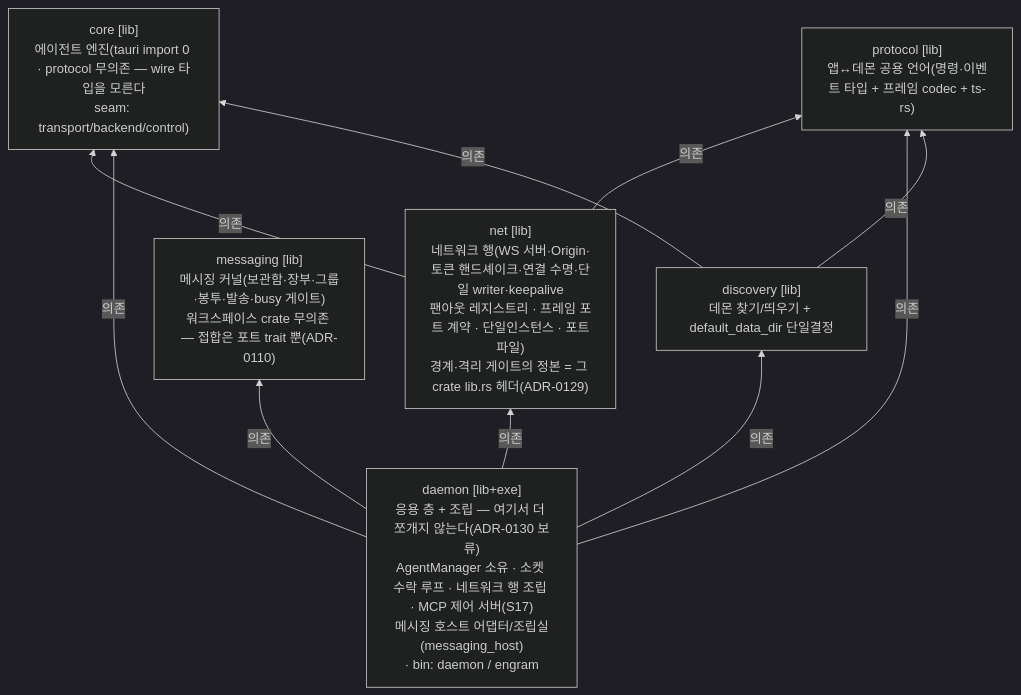
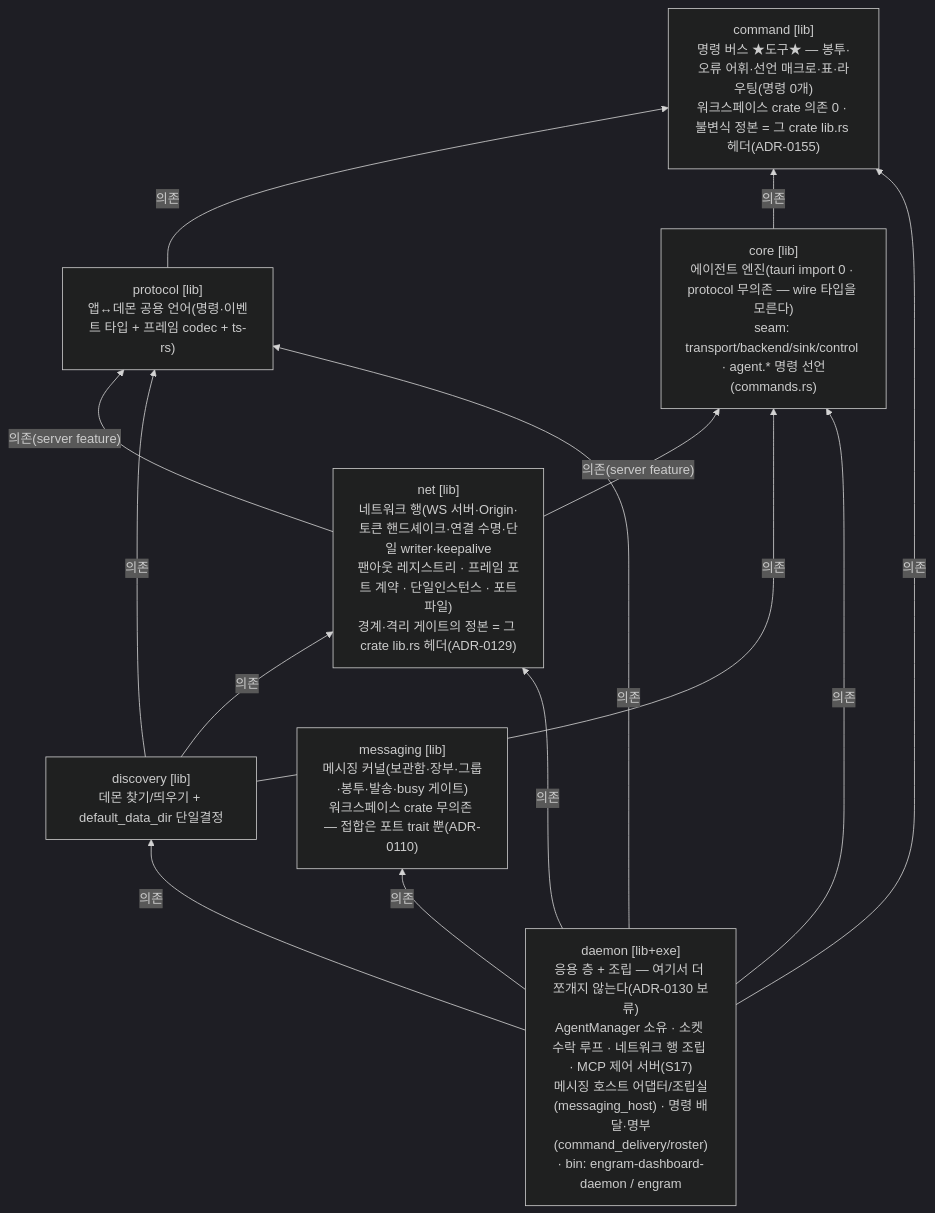
The third of 20 diagrams in docs/reference/architecture-overview.md (kimsunzun/engram-dashboard), drawn with Mermaid (dark theme) before and after one commit. The commit also changed other lines of this file and 2 other files, not shown here.

````diff
--- a/docs/reference/architecture-overview.md
+++ b/docs/reference/architecture-overview.md
@@ -157,19 +168,24 @@
 ```mermaid
 flowchart BT
+  command["command [lib]<br/>명령 버스 ★도구★ — 봉투·오류 어휘·선언 매크로·표·라우팅(명령 0개)<br/>워크스페이스 crate 의존 0 · 불변식 정본 = 그 crate lib.rs 헤더(ADR-0155)"]
   protocol["protocol [lib]<br/>앱↔데몬 공용 언어(명령·이벤트 타입 + 프레임 codec + ts-rs)"]
-  core["core [lib]<br/>에이전트 엔진(tauri import 0 · protocol 무의존 — wire 타입을 모른다<br/>seam: transport/backend/control)"]
+  core["core [lib]<br/>에이전트 엔진(tauri import 0 · protocol 무의존 — wire 타입을 모른다)<br/>seam: transport/backend/sink/control · agent.* 명령 선언(commands.rs)"]
   discovery["discovery [lib]<br/>데몬 찾기/띄우기 + default_data_dir 단일결정"]
   messaging["messaging [lib]<br/>메시징 커널(보관함·장부·그룹·봉투·발송·busy 게이트)<br/>워크스페이스 crate 무의존 — 접합은 포트 trait 뿐(ADR-0110)"]
   net["net [lib]<br/>네트워크 행(WS 서버·Origin·토큰 핸드셰이크·연결 수명·단일 writer·keepalive<br/>팬아웃 레지스트리 · 프레임 포트 계약 · 단일인스턴스 · 포트파일)<br/>경계·격리 게이트의 정본 = 그 crate lib.rs 헤더(ADR-0129)"]
-  daemon["daemon [lib+exe]<br/>응용 층 + 조립 — 여기서 더 쪼개지 않는다(ADR-0130 보류)<br/>AgentManager 소유 · 소켓 수락 루프 · 네트워크 행 조립 · MCP 제어 서버(S17)<br/>메시징 호스트 어댑터/조립실(messaging_host)<br/>· bin: daemon / engram"]
+  daemon["daemon [lib+exe]<br/>응용 층 + 조립 — 여기서 더 쪼개지 않는다(ADR-0130 보류)<br/>AgentManager 소유 · 소켓 수락 루프 · 네트워크 행 조립 · MCP 제어 서버(S17)<br/>메시징 호스트 어댑터/조립실(messaging_host) · 명령 배달·명부(command_delivery/roster)<br/>· bin: engram-dashboard-daemon / engram"]
 
-  net -->|"의존"| protocol
-  net -->|"의존"| core
+  protocol -->|"의존"| command
+  core -->|"의존"| command
+  net -->|"의존(server feature)"| protocol
+  net -->|"의존(server feature)"| core
+  discovery -->|"의존"| protocol
+  discovery -->|"의존"| core
+  discovery -->|"의존"| net
   daemon -->|"의존"| core
   daemon -->|"의존"| protocol
+  daemon -->|"의존"| command
   daemon -->|"의존"| net
-  discovery -->|"의존"| protocol
-  discovery -->|"의존"| core
   daemon -->|"의존"| discovery
   daemon -->|"의존"| messaging
 ```
````
